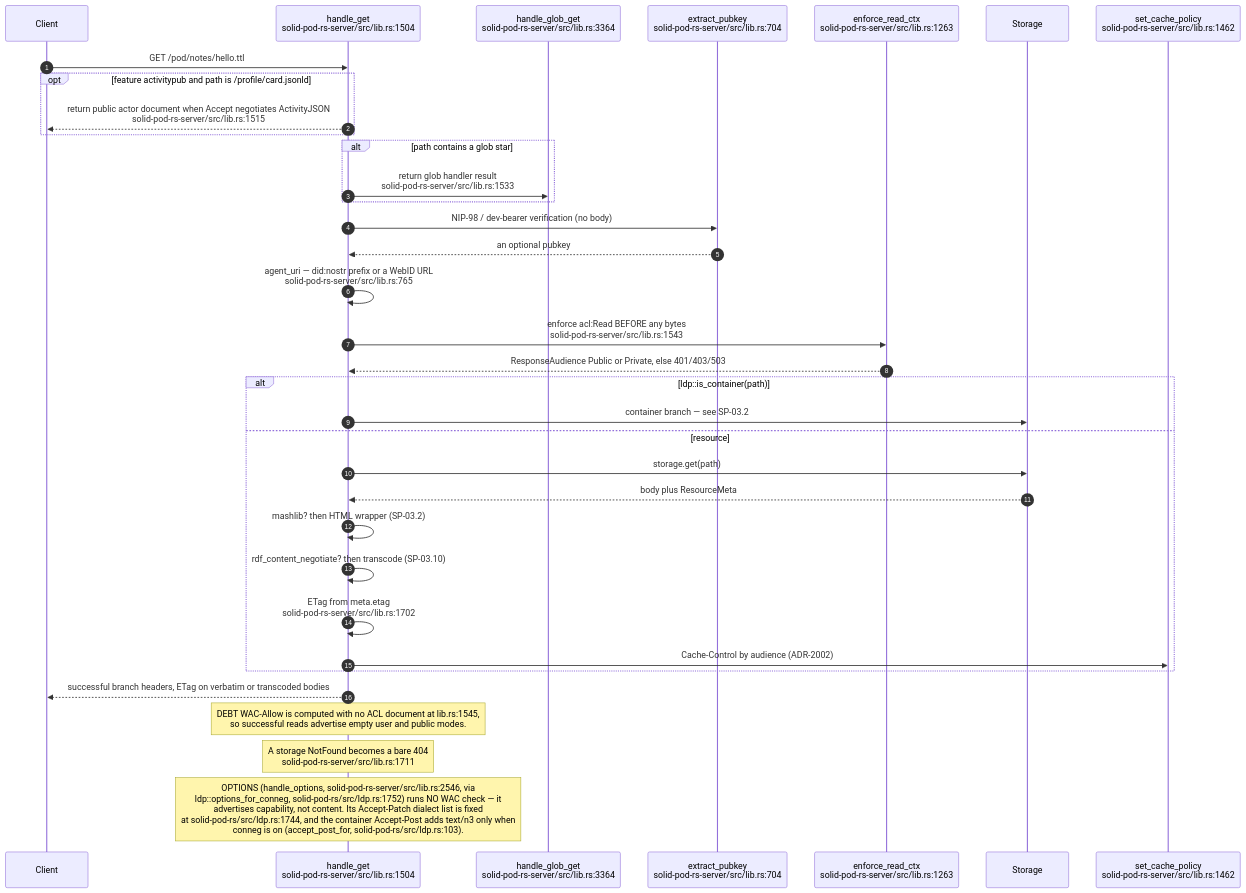
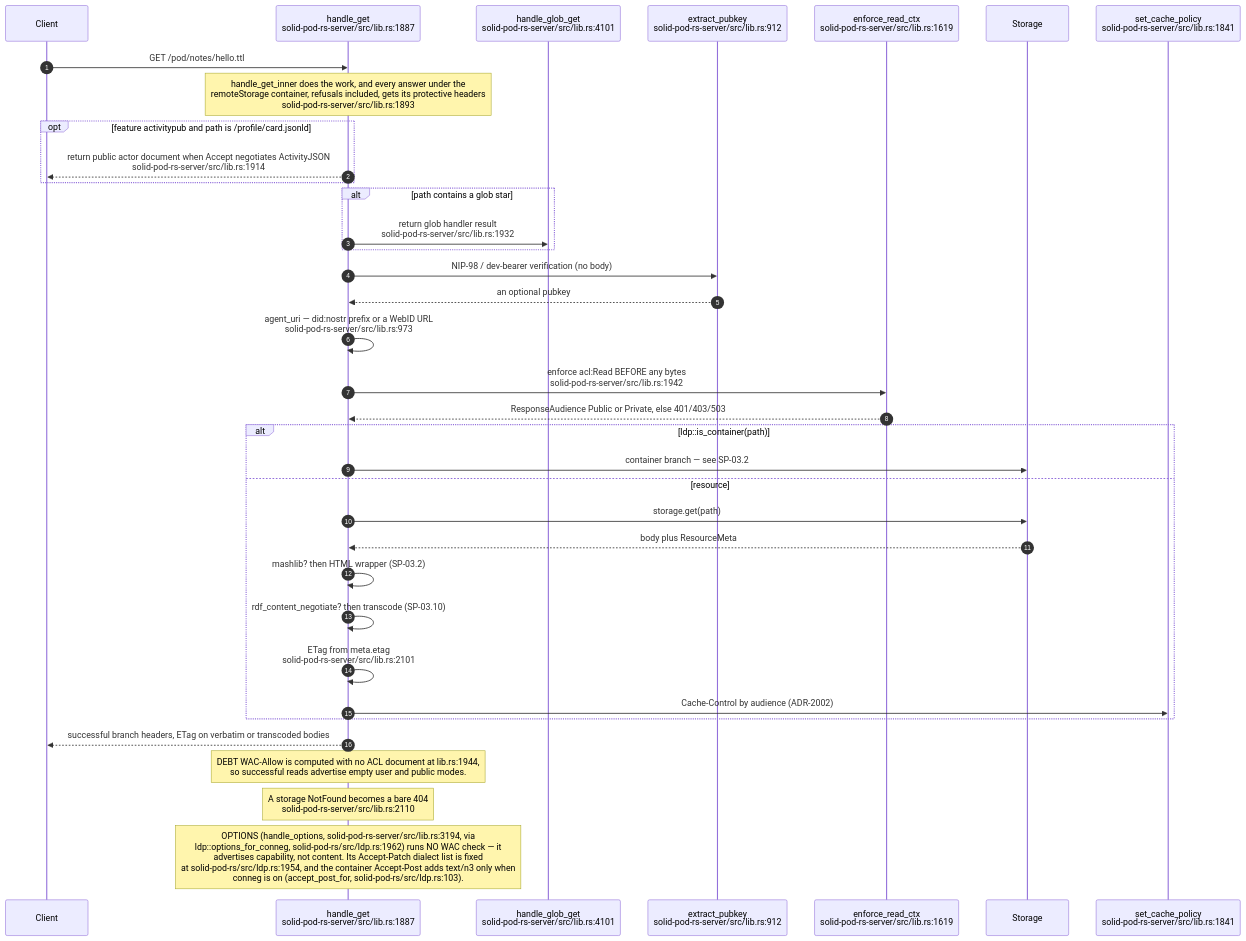
One commit to DreamLab-AI/VisionFlow changed the first of 14 diagrams in docs/diagrams/solid-pod-rs/03-ldp-request-lifecycle.md. Above: the diagram before and after it, drawn with Mermaid. The commit also changed other lines of this file and 1 other file, not shown here.

First line of the commit message:
docs(diagrams): SP-03, SP-13 re-verified at solid-pod-rs a28a748

````diff
--- a/docs/diagrams/solid-pod-rs/03-ldp-request-lifecycle.md
+++ b/docs/diagrams/solid-pod-rs/03-ldp-request-lifecycle.md
@@ -19,38 +22,39 @@
 ```mermaid
 sequenceDiagram
     autonumber
     participant C as Client
-    participant G as handle_get<br/>solid-pod-rs-server/src/lib.rs:1504
-    participant GL as handle_glob_get<br/>solid-pod-rs-server/src/lib.rs:3364
-    participant AU as extract_pubkey<br/>solid-pod-rs-server/src/lib.rs:704
-    participant W as enforce_read_ctx<br/>solid-pod-rs-server/src/lib.rs:1263
+    participant G as handle_get<br/>solid-pod-rs-server/src/lib.rs:1887
+    participant GL as handle_glob_get<br/>solid-pod-rs-server/src/lib.rs:4101
+    participant AU as extract_pubkey<br/>solid-pod-rs-server/src/lib.rs:912
+    participant W as enforce_read_ctx<br/>solid-pod-rs-server/src/lib.rs:1619
     participant S as Storage
-    participant CP as set_cache_policy<br/>solid-pod-rs-server/src/lib.rs:1462
+    participant CP as set_cache_policy<br/>solid-pod-rs-server/src/lib.rs:1841
 
     C->>G: GET /pod/notes/hello.ttl
+    Note over G: handle_get_inner does the work, and every answer under the<br/>remoteStorage container, refusals included, gets its protective headers<br/>solid-pod-rs-server/src/lib.rs:1893
     opt feature activitypub and path is /profile/card.jsonld
-        G-->>C: return public actor document when Accept negotiates ActivityJSON<br/>solid-pod-rs-server/src/lib.rs:1515
+        G-->>C: return public actor document when Accept negotiates ActivityJSON<br/>solid-pod-rs-server/src/lib.rs:1914
     end
     alt path contains a glob star
-        G->>GL: return glob handler result<br/>solid-pod-rs-server/src/lib.rs:1533
+        G->>GL: return glob handler result<br/>solid-pod-rs-server/src/lib.rs:1932
     end
     G->>AU: NIP-98 / dev-bearer verification (no body)
     AU-->>G: an optional pubkey
-    G->>G: agent_uri — did:nostr prefix or a WebID URL<br/>solid-pod-rs-server/src/lib.rs:765
-    G->>W: enforce acl:Read BEFORE any bytes<br/>solid-pod-rs-server/src/lib.rs:1543
+    G->>G: agent_uri — did:nostr prefix or a WebID URL<br/>solid-pod-rs-server/src/lib.rs:973
+    G->>W: enforce acl:Read BEFORE any bytes<br/>solid-pod-rs-server/src/lib.rs:1942
     W-->>G: ResponseAudience Public or Private, else 401/403/503
     alt ldp::is_container(path)
         G->>S: container branch — see SP-03.2
     else resource
         G->>S: storage.get(path)
         S-->>G: body plus ResourceMeta
         G->>G: mashlib? then HTML wrapper (SP-03.2)
         G->>G: rdf_content_negotiate? then transcode (SP-03.10)
-        G->>G: ETag from meta.etag<br/>solid-pod-rs-server/src/lib.rs:1702
+        G->>G: ETag from meta.etag<br/>solid-pod-rs-server/src/lib.rs:2101
         G->>CP: Cache-Control by audience (ADR-2002)
     end
     G-->>C: successful branch headers, ETag on verbatim or transcoded bodies
-    Note over G: DEBT WAC-Allow is computed with no ACL document at lib.rs:1545,<br/>so successful reads advertise empty user and public modes.
-    Note over G: A storage NotFound becomes a bare 404<br/>solid-pod-rs-server/src/lib.rs:1711
-    Note over G: OPTIONS (handle_options, solid-pod-rs-server/src/lib.rs:2546, via<br/>ldp::options_for_conneg, solid-pod-rs/src/ldp.rs:1752) runs NO WAC check — it<br/>advertises capability, not content. Its Accept-Patch dialect list is fixed<br/>at solid-pod-rs/src/ldp.rs:1744, and the container Accept-Post adds text/n3 only when<br/>conneg is on (accept_post_for, solid-pod-rs/src/ldp.rs:103).
+    Note over G: DEBT WAC-Allow is computed with no ACL document at lib.rs:1944,<br/>so successful reads advertise empty user and public modes.
+    Note over G: A storage NotFound becomes a bare 404<br/>solid-pod-rs-server/src/lib.rs:2110
+    Note over G: OPTIONS (handle_options, solid-pod-rs-server/src/lib.rs:3194, via<br/>ldp::options_for_conneg, solid-pod-rs/src/ldp.rs:1962) runs NO WAC check — it<br/>advertises capability, not content. Its Accept-Patch dialect list is fixed<br/>at solid-pod-rs/src/ldp.rs:1954, and the container Accept-Post adds text/n3 only when<br/>conneg is on (accept_post_for, solid-pod-rs/src/ldp.rs:103).
 ```
````
